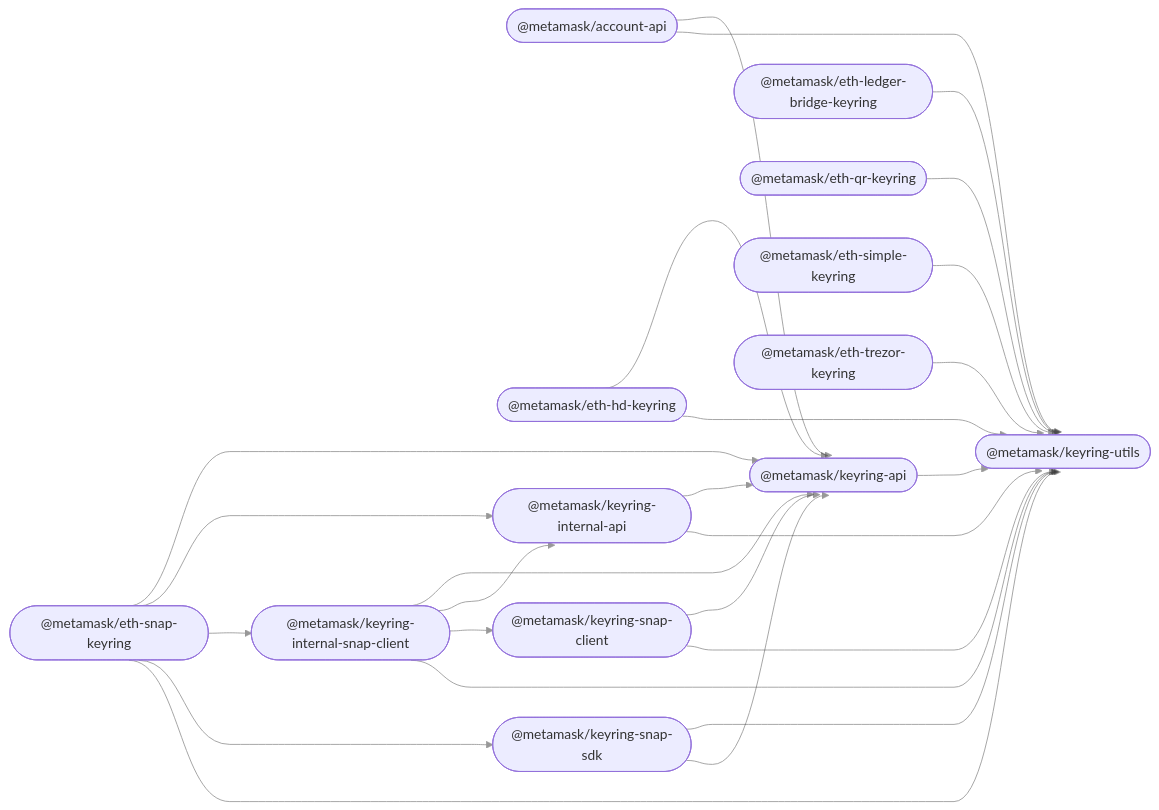
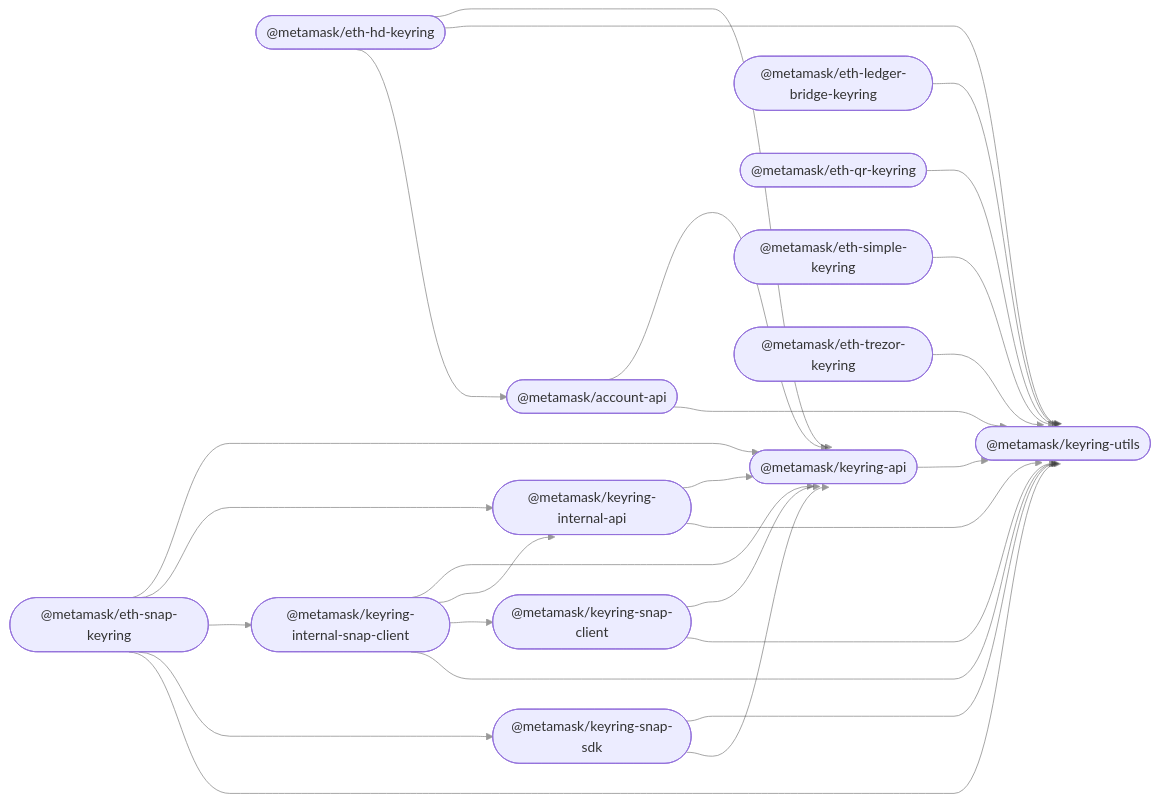
One commit to MetaMask/accounts changed the diagram in README.md. Above: the diagram before and after it, drawn with Mermaid. The commit also changed 2 other files, not shown here.

Commit message:
fix: reference issue + syncpack for account-api

````diff
--- a/README.md
+++ b/README.md
@@ -35,42 +35,43 @@
 ```mermaid
 %%{ init: { 'flowchart': { 'curve': 'bumpX' } } }%%
 graph LR;
 linkStyle default opacity:0.5
   account_api(["@metamask/account-api"]);
   keyring_api(["@metamask/keyring-api"]);
   eth_hd_keyring(["@metamask/eth-hd-keyring"]);
   eth_ledger_bridge_keyring(["@metamask/eth-ledger-bridge-keyring"]);
   eth_qr_keyring(["@metamask/eth-qr-keyring"]);
   eth_simple_keyring(["@metamask/eth-simple-keyring"]);
   eth_trezor_keyring(["@metamask/eth-trezor-keyring"]);
   keyring_internal_api(["@metamask/keyring-internal-api"]);
   keyring_internal_snap_client(["@metamask/keyring-internal-snap-client"]);
   eth_snap_keyring(["@metamask/eth-snap-keyring"]);
   keyring_snap_client(["@metamask/keyring-snap-client"]);
   keyring_snap_sdk(["@metamask/keyring-snap-sdk"]);
   keyring_utils(["@metamask/keyring-utils"]);
   account_api --> keyring_api;
   account_api --> keyring_utils;
   keyring_api --> keyring_utils;
   eth_hd_keyring --> keyring_api;
   eth_hd_keyring --> keyring_utils;
+  eth_hd_keyring --> account_api;
   eth_ledger_bridge_keyring --> keyring_utils;
   eth_qr_keyring --> keyring_utils;
   eth_simple_keyring --> keyring_utils;
   eth_trezor_keyring --> keyring_utils;
   keyring_internal_api --> keyring_api;
   keyring_internal_api --> keyring_utils;
   keyring_internal_snap_client --> keyring_api;
   keyring_internal_snap_client --> keyring_internal_api;
   keyring_internal_snap_client --> keyring_snap_client;
   keyring_internal_snap_client --> keyring_utils;
   eth_snap_keyring --> keyring_api;
   eth_snap_keyring --> keyring_internal_api;
   eth_snap_keyring --> keyring_internal_snap_client;
   eth_snap_keyring --> keyring_snap_sdk;
   eth_snap_keyring --> keyring_utils;
   keyring_snap_client --> keyring_api;
   keyring_snap_client --> keyring_utils;
   keyring_snap_sdk --> keyring_utils;
   keyring_snap_sdk --> keyring_api;
 ```
````
